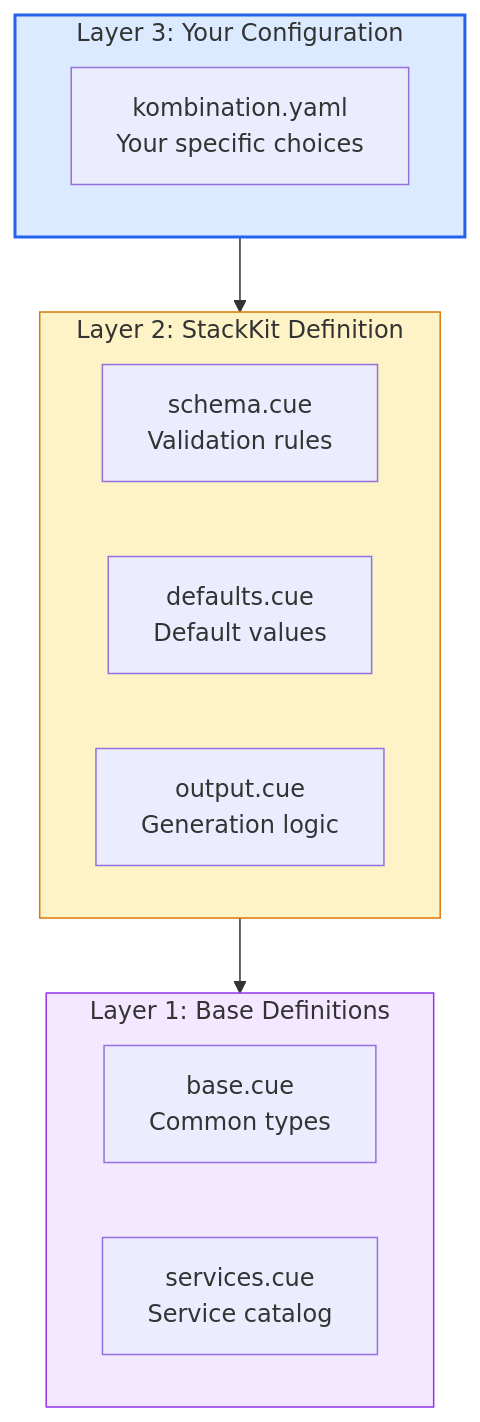
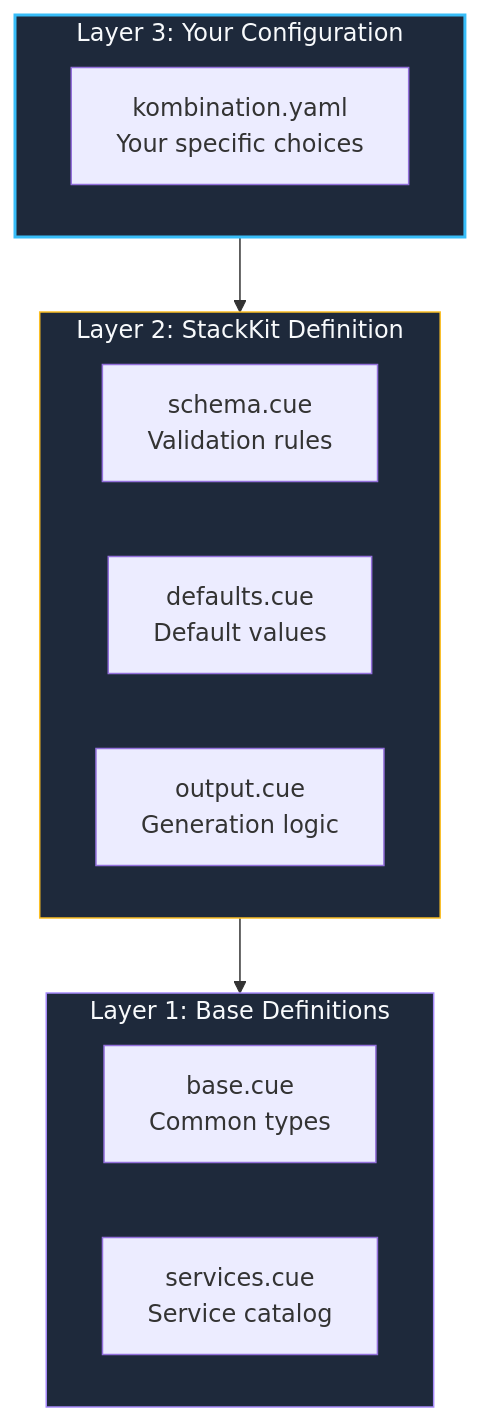
One commit to KombiverseLabs/docs changed the second of 3 diagrams in stackkits/overview.mdx. Above: the diagram before and after it, drawn with Mermaid. The commit also changed other lines of this file and 33 other files, not shown here.

````diff
--- a/stackkits/overview.mdx
+++ b/stackkits/overview.mdx
@@ -119,24 +119,24 @@
 ```mermaid
 graph TB
     subgraph Layer3["Layer 3: Your Configuration"]
         User["kombination.yaml<br/>Your specific choices"]
     end
     
     subgraph Layer2["Layer 2: StackKit Definition"]
         Schema["schema.cue<br/>Validation rules"]
         Defaults["defaults.cue<br/>Default values"]
         Output["output.cue<br/>Generation logic"]
     end
     
     subgraph Layer1["Layer 1: Base Definitions"]
         Base["base.cue<br/>Common types"]
         Services["services.cue<br/>Service catalog"]
     end
     
     Layer3 --> Layer2
     Layer2 --> Layer1
     
-    style Layer3 fill:#dbeafe,stroke:#2563eb,stroke-width:2px
-    style Layer2 fill:#fef3c7,stroke:#d97706
-    style Layer1 fill:#f3e8ff,stroke:#9333ea
+    style Layer3 fill:#1e293b,stroke:#38bdf8,stroke-width:2px,color:#f8fafc
+    style Layer2 fill:#1e293b,stroke:#fbbf24,color:#f8fafc
+    style Layer1 fill:#1e293b,stroke:#a78bfa,color:#f8fafc
 ```
````
